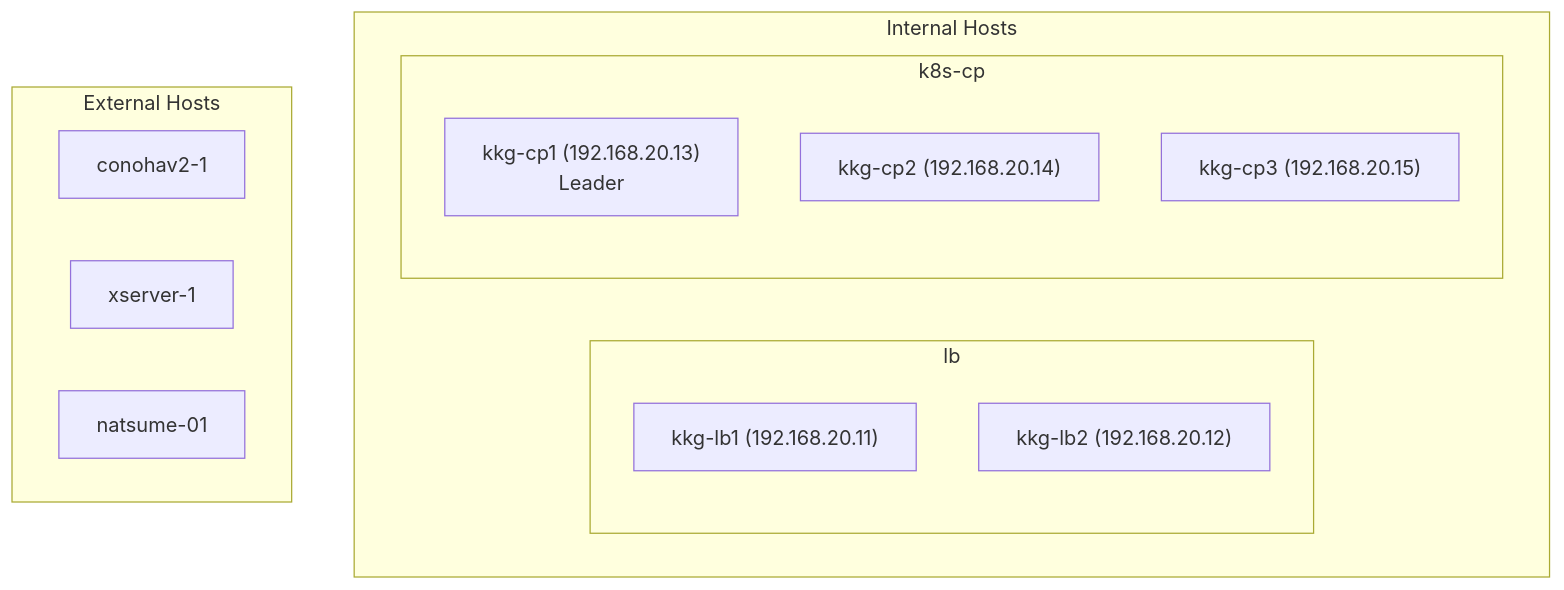
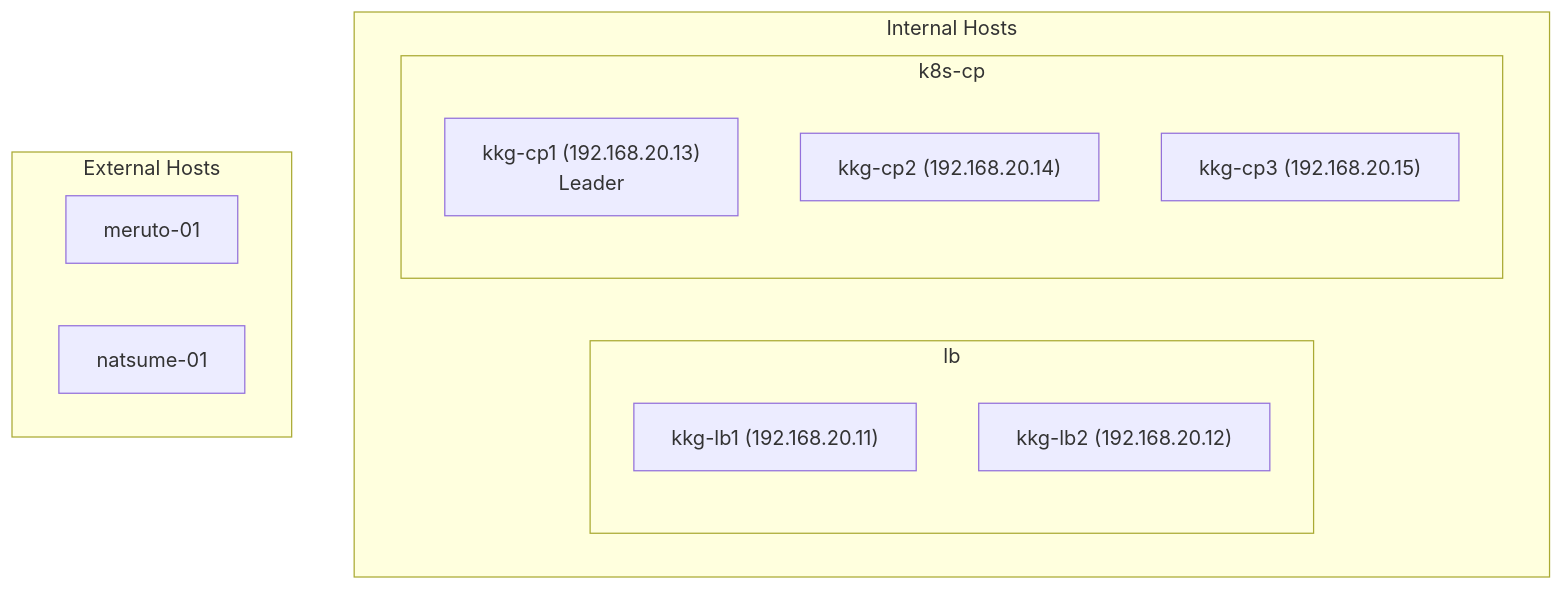
The second of 2 diagrams in ansible/README.md (Soli0222/pke), drawn with Mermaid before and after one commit. The commit also changed other lines of this file and 25 other files, not shown here.

````diff
--- a/ansible/README.md
+++ b/ansible/README.md
@@ -92,20 +87,19 @@
 ```mermaid
 graph TB
     subgraph "Internal Hosts"
         subgraph "lb"
             LB1["kkg-lb1 (192.168.20.11)"]
             LB2["kkg-lb2 (192.168.20.12)"]
         end
         subgraph "k8s-cp"
             CP1["kkg-cp1 (192.168.20.13)<br/>Leader"]
             CP2["kkg-cp2 (192.168.20.14)"]
             CP3["kkg-cp3 (192.168.20.15)"]
         end
     end
 
     subgraph "External Hosts"
-        CONOHA["conohav2-1"]
-        XSERVER["xserver-1"]
+        MERUTO["meruto-01"]
         NATSUME["natsume-01"]
     end
 ```
````
